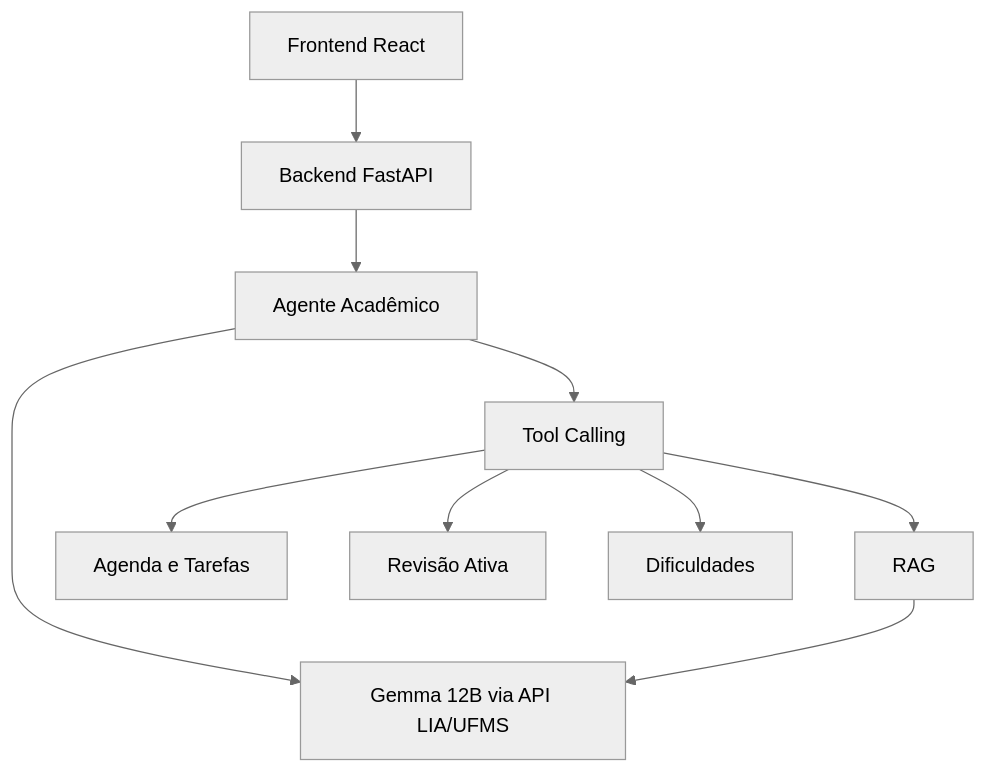
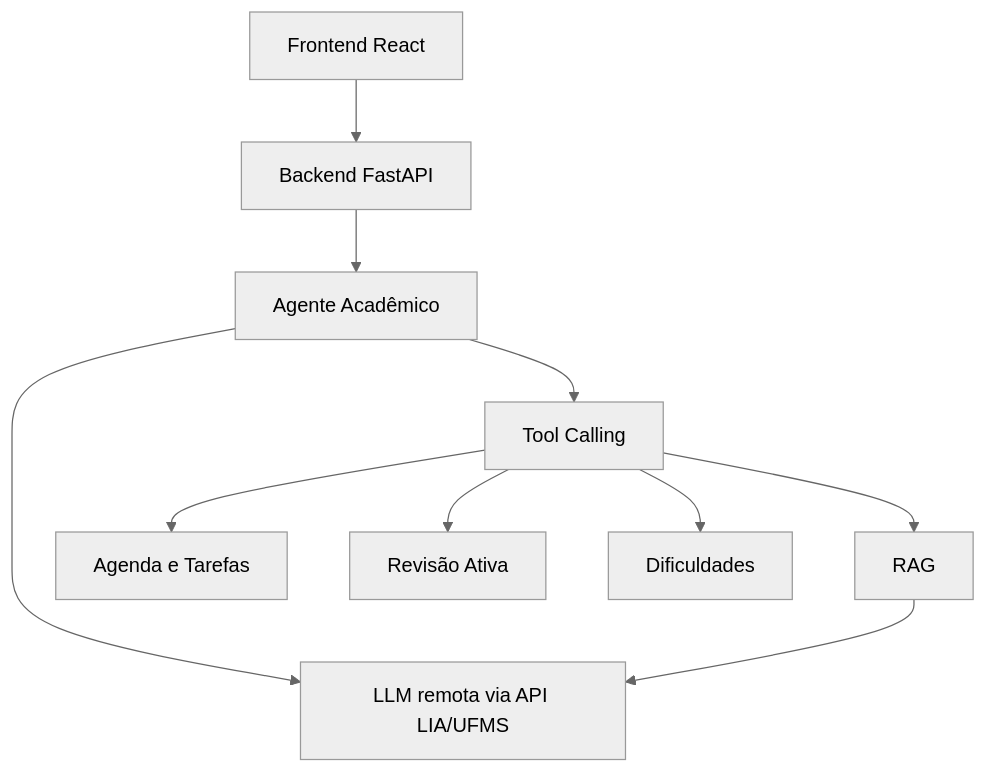
Before and after one commit to PedroBertonceloF/jarvis-academico: the diagram in README.md, drawn with Mermaid (neutral theme). The commit also changed other lines of this file and 23 other files, not shown here.

Commit message:
Alinha LLM remota e redesenha interface

````diff
--- a/README.md
+++ b/README.md
@@ -199,12 +200,12 @@
 ```mermaid
 graph TD;
     A[Frontend React] --> B[Backend FastAPI];
     B --> C[Agente Acadêmico];
     C --> D[Tool Calling];
     D --> E[RAG];
     D --> F[Agenda e Tarefas];
     D --> G[Revisão Ativa];
     D --> H[Dificuldades];
-    C --> I[Gemma 12B via API LIA/UFMS];
+    C --> I[LLM remota via API LIA/UFMS];
     E --> I;
 ```
````
